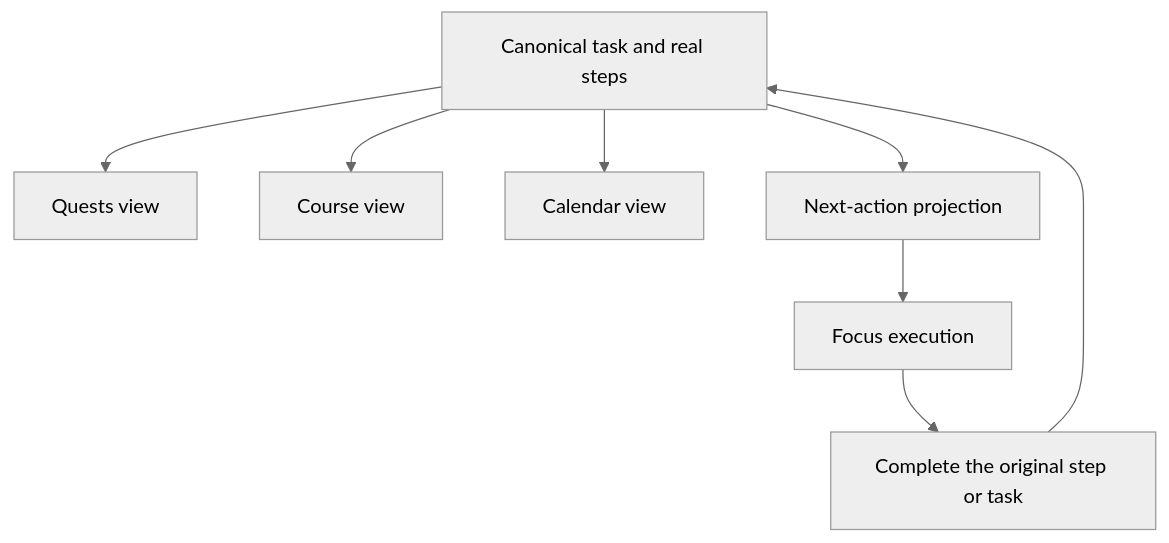
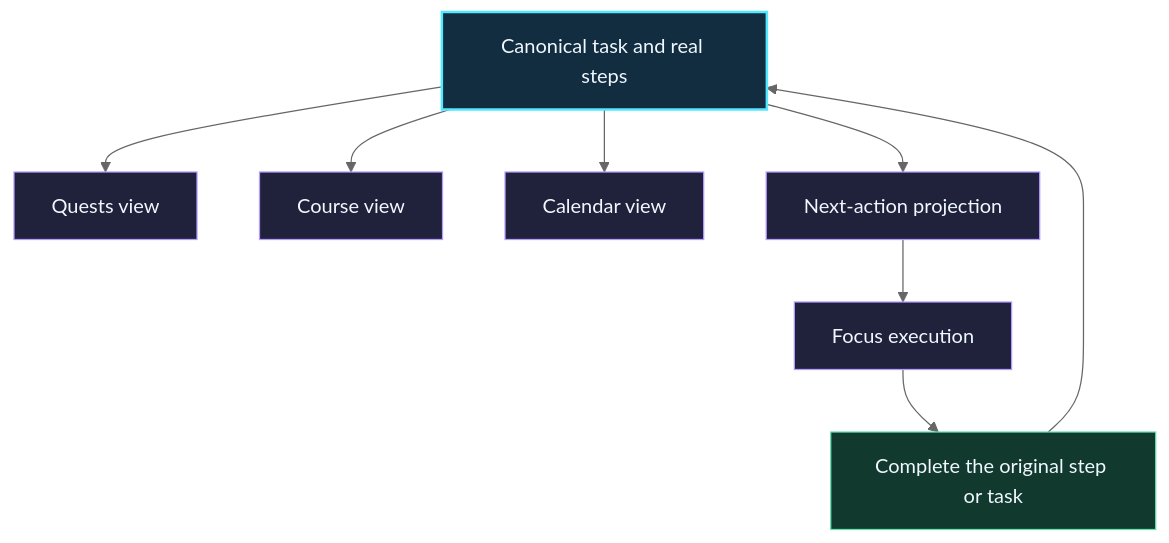
Before and after one commit to HassanAsali/ASCEND: the first of 3 diagrams in README.md, drawn with Mermaid (neutral theme). The commit also changed other lines of this file, not shown here.

````diff
--- a/README.md
+++ b/README.md
@@ -127,11 +158,17 @@
 ```mermaid
 flowchart TB
     Record["Canonical task and real steps"]
     Record --> Quests["Quests view"]
     Record --> Study["Course view"]
     Record --> Calendar["Calendar view"]
     Record --> Engine["Next-action projection"]
     Engine --> Focus["Focus execution"]
     Focus --> Completion["Complete the original step or task"]
     Completion --> Record
+    classDef data fill:#132D40,stroke:#52E8FF,color:#EFF7FF,stroke-width:2px
+    classDef view fill:#20223B,stroke:#B59AFF,color:#EFF7FF
+    classDef done fill:#12392D,stroke:#66E2B0,color:#EFF7FF
+    class Record data
+    class Quests,Study,Calendar,Engine,Focus view
+    class Completion done
 ```
````
